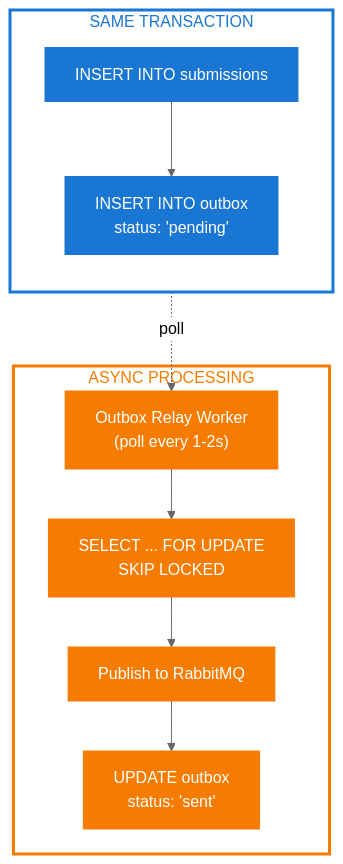
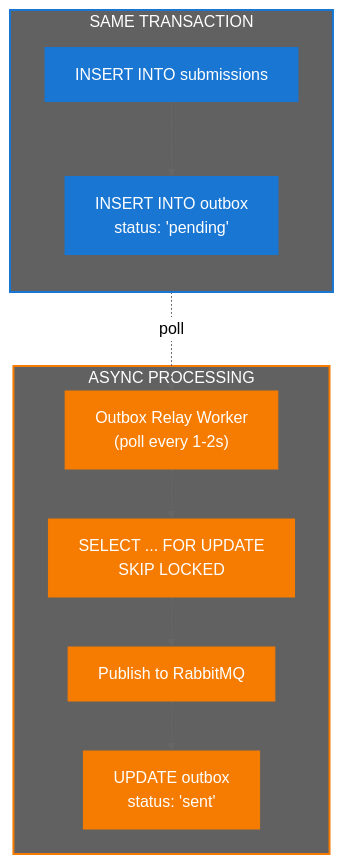
One commit to nghyane/VSTEP changed the sixth of 12 diagrams in docs/capstone/diagrams/flow-diagrams.vi.md. Above: the diagram before and after it, drawn with Mermaid (neutral theme). The commit also changed other lines of this file, not shown here.

````diff
--- a/docs/capstone/diagrams/flow-diagrams.vi.md
+++ b/docs/capstone/diagrams/flow-diagrams.vi.md
@@ -340,32 +340,32 @@
 ```mermaid
 flowchart TB
     subgraph Transaction["SAME TRANSACTION"]
         direction TB
         Sub["INSERT INTO submissions"]
         Outbox["INSERT INTO outbox\nstatus: 'pending'"]
     end
 
     subgraph Async["ASYNC PROCESSING"]
         Relay["Outbox Relay Worker\n(poll every 1-2s)"]
         Lock["SELECT ... FOR UPDATE\nSKIP LOCKED"]
         Publish["Publish to RabbitMQ"]
         Confirm["UPDATE outbox\nstatus: 'sent'"]
     end
 
     Sub --> Outbox
     Outbox -.->|"poll"| Relay --> Lock --> Publish --> Confirm
 
     %% Nodes
     classDef trans fill:#1976d2,stroke:#1976d2,color:#fff
     classDef async fill:#f57c00,stroke:#f57c00,color:#fff
 
     %% Boxes
-    classDef transBox fill:none,stroke:#1976d2,stroke-width:3px,color:#1976d2
-    classDef asyncBox fill:none,stroke:#f57c00,stroke-width:3px,color:#f57c00
+    classDef transBox fill:#616161,stroke:#1976d2,stroke-width:2px,color:#fff
+    classDef asyncBox fill:#616161,stroke:#f57c00,stroke-width:2px,color:#fff
 
     class Transaction transBox
     class Async asyncBox
 
     class Sub,Outbox trans
     class Relay,Lock,Publish,Confirm async
 ```
````
